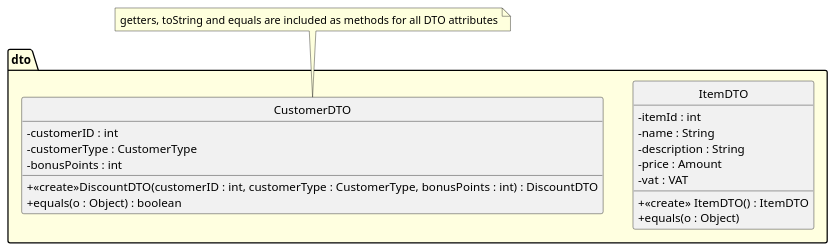
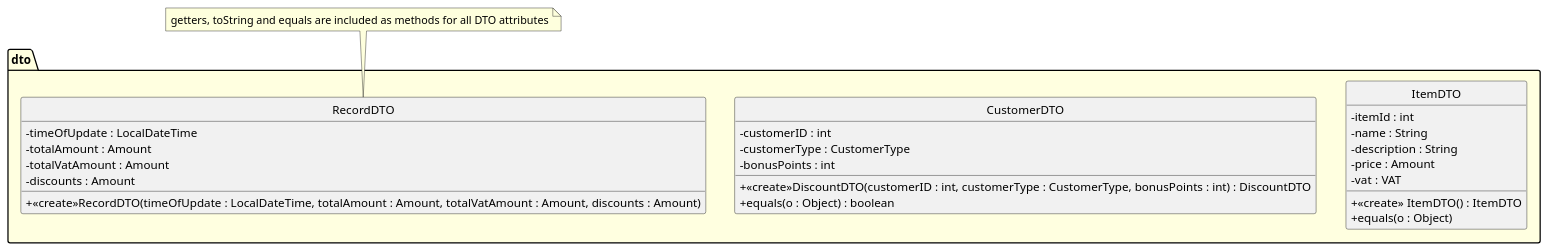
One commit to VincentFerrigan/kth-iv1350-object-oriented-design changed the second of 11 diagrams in uml/uml_v3.puml. Above: the diagram before and after it, drawn with PlantUML. The commit also changed other lines of this file and 48 other files, not shown here.

```diff
--- a/uml/uml_v3.puml
+++ b/uml/uml_v3.puml
@@ -429,33 +493,39 @@
 @startuml
 'title DTO
 ' //TODO Ska vi ha en customerDTO och customerDb?
 ' //TODO Ska DTO:erna flyttas till CD?
 hide circle
 skinparam ClassAttributeIconSize 0
 skinparam linetype ortho
 skinparam package {
     BackgroundColor LightYellow
 }
     package dto {
         class ItemDTO{
             - itemId : int
             - name : String
             - description : String
             - price : Amount
             - vat : VAT
             +<<create>> ItemDTO() : ItemDTO
             + equals(o : Object)
         }
-
         class CustomerDTO{
 '            // TODO ska discount finnas med i SaleDTO?
             - customerID : int
             - customerType : CustomerType
             - bonusPoints : int
             +<<create>>DiscountDTO(customerID : int, customerType : CustomerType, bonusPoints : int) : DiscountDTO
             + equals(o : Object) : boolean
 '        note bottom : Attributes TBD based on Discount Rules.
         }
+        class RecordDTO{
+        - timeOfUpdate : LocalDateTime
+        - totalAmount : Amount
+        - totalVatAmount : Amount
+        - discounts : Amount
+        +<<create>>RecordDTO(timeOfUpdate : LocalDateTime, totalAmount : Amount, totalVatAmount : Amount, discounts : Amount)
+        }
     }
 note top: getters, toString and equals are included as methods for all DTO attributes
 @enduml
```
